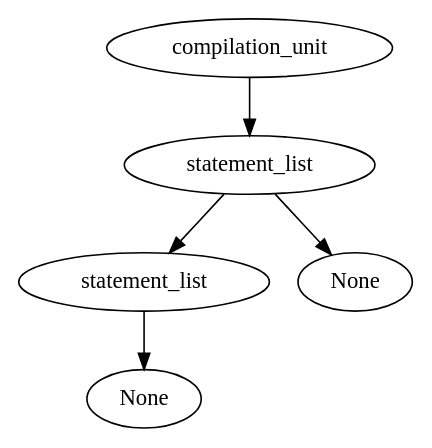
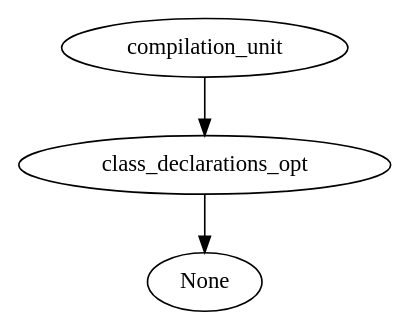
Before and after one commit to apeeyush/compiler: the diagram in test.dot, drawn with Graphviz. The commit also changed 3 other files, not shown here.

```diff
--- a/test.dot
+++ b/test.dot
@@ -1,11 +1,7 @@
 digraph G{
 id0[label="compilation_unit"];
-id1[label="statement_list"];
-id2[label="statement_list"];
-id3[label="None"];
-id2->id3;
-id4[label="None"];
+id1[label="class_declarations_opt"];
+id2[label="None"];
 id1->id2;
-id1->id4;
 id0->id1;
 }
```
